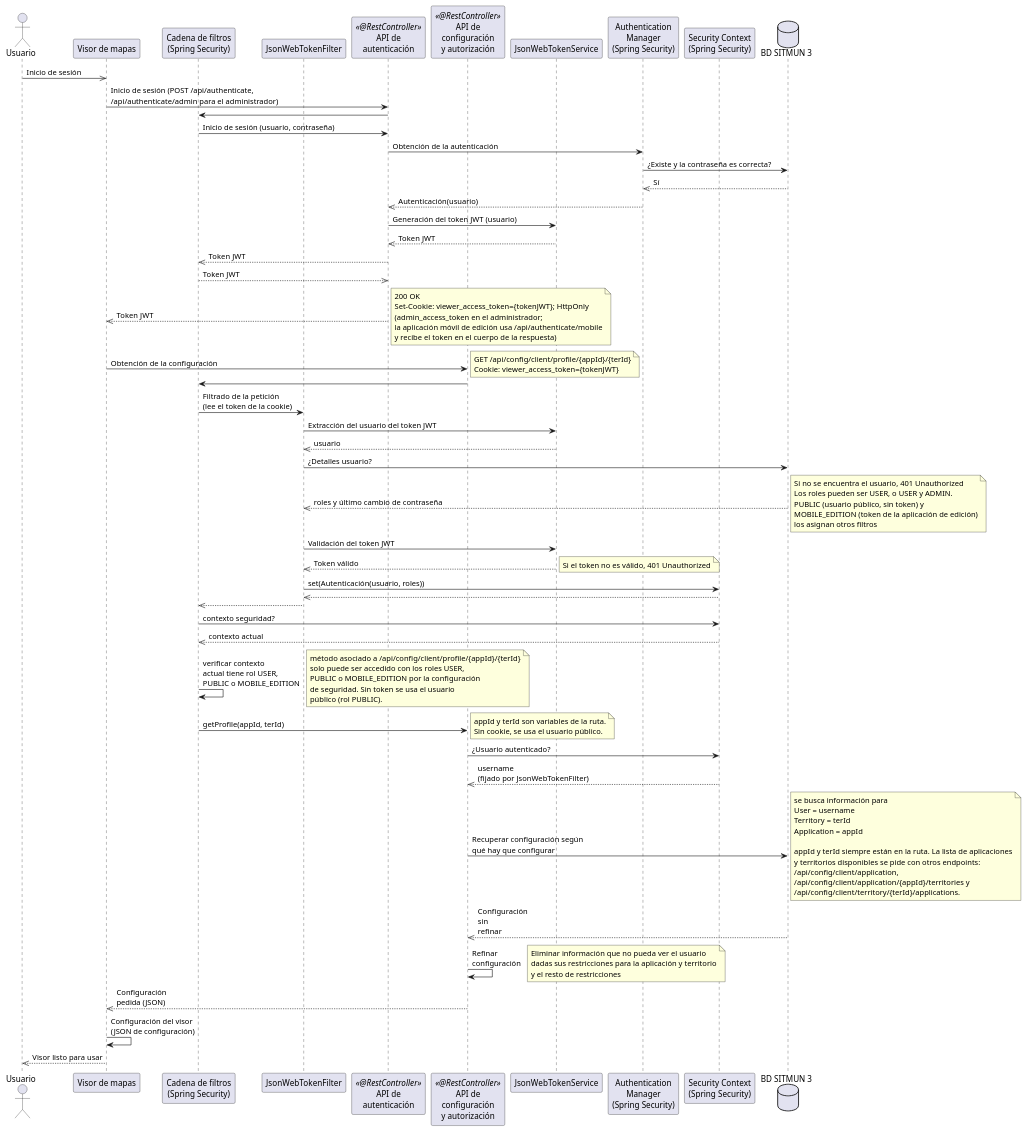
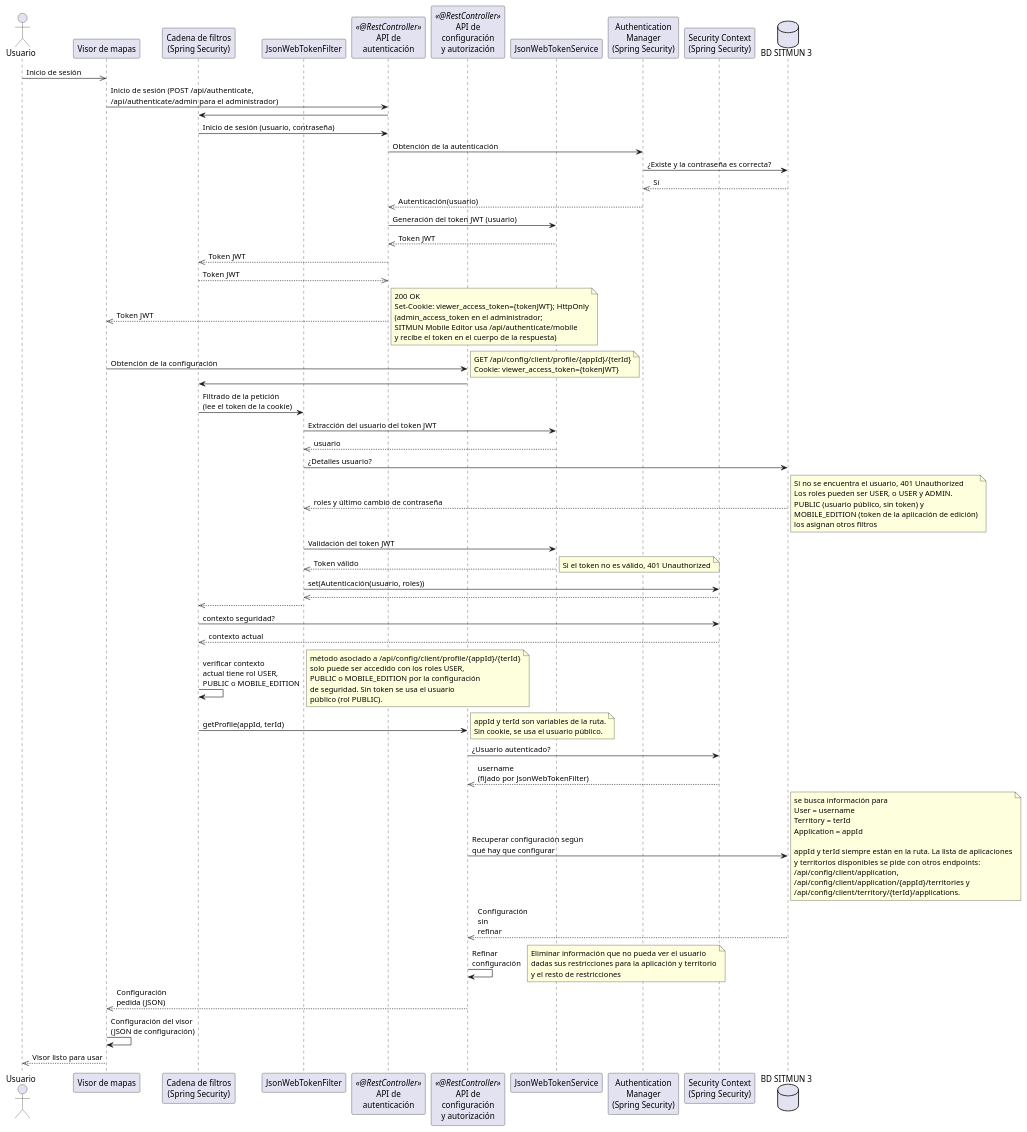
Before and after one commit to sitmun/sitmun.github.io: the second of 6 diagrams in docs/que-es-sitmun/plataforma/arquitectura/index.md, drawn with PlantUML. The commit also changed other lines of this file and 40 other files, not shown here.

```diff
--- a/docs/que-es-sitmun/plataforma/arquitectura/index.md
+++ b/docs/que-es-sitmun/plataforma/arquitectura/index.md
@@ -374,7 +374,7 @@
 200 OK
 Set-Cookie: viewer_access_token={tokenJWT}; HttpOnly
 (admin_access_token en el administrador;
-la aplicación móvil de edición usa /api/authenticate/mobile
+SITMUN Mobile Editor usa /api/authenticate/mobile
 y recibe el token en el cuerpo de la respuesta)
 end note
 Client -> ConfigurationAPI: Obtención de la configuración
```
